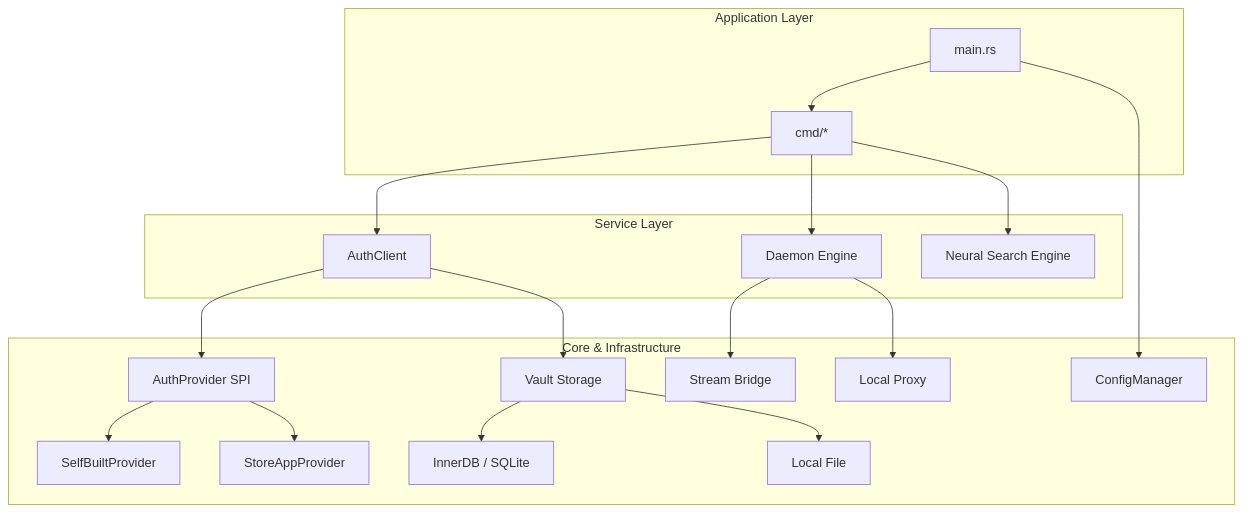
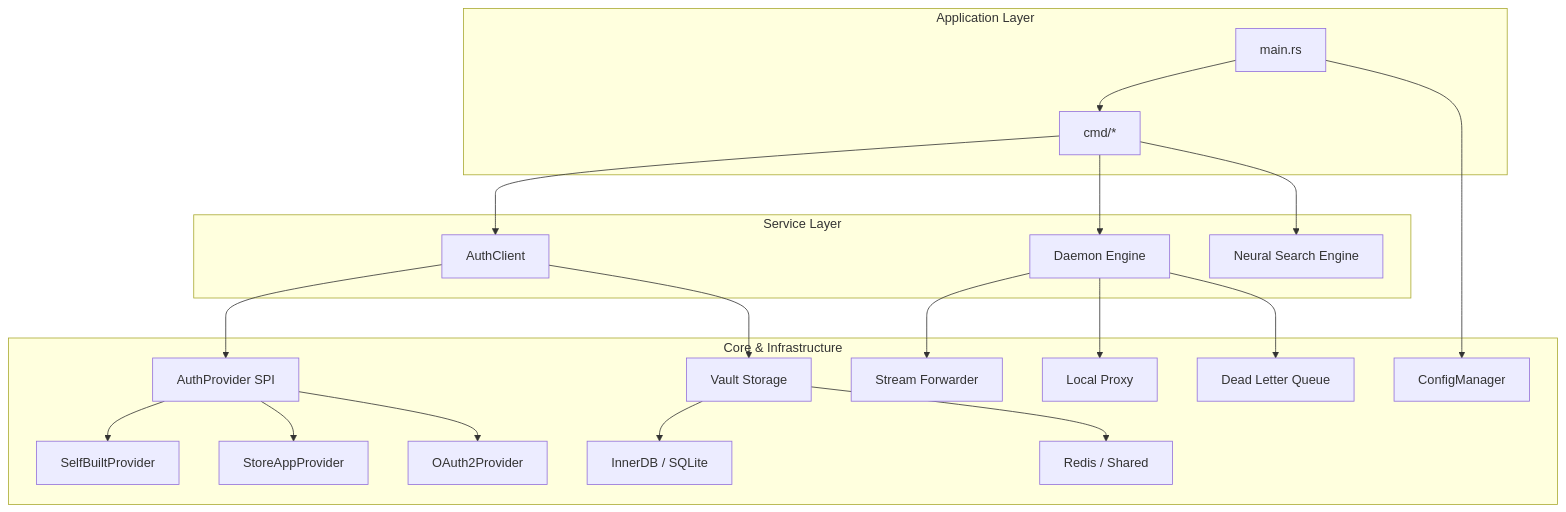
The diagram in cli/cowen/docs/ARCHITECTURE.md (Chanjet/chanjet-openplatform-stream-java), drawn with Mermaid before and after one commit. The commit also changed other lines of this file and 8 other files, not shown here.

````diff
--- a/cli/cowen/docs/ARCHITECTURE.md
+++ b/cli/cowen/docs/ARCHITECTURE.md
@@ -9,27 +13,29 @@
 ```mermaid
 graph TD
     subgraph "Application Layer"
         Main[main.rs] --> Cmd[cmd/*]
     end
 
     subgraph "Service Layer"
         Cmd --> AuthCli[AuthClient]
         Cmd --> Daemon[Daemon Engine]
         Cmd --> Search[Neural Search Engine]
     end
 
     subgraph "Core & Infrastructure"
         AuthCli --> SPI[AuthProvider SPI]
         SPI --> SelfBuilt[SelfBuiltProvider]
         SPI --> StoreApp[StoreAppProvider]
+        SPI --> OAuth2[OAuth2Provider]
         
         AuthCli --> Vault[Vault Storage]
         Vault --> InnerDB[InnerDB / SQLite]
-        Vault --> LocalFile[Local File]
+        Vault --> Redis[Redis / Shared]
         
-        Daemon --> Stream[Stream Bridge]
+        Daemon --> Forwarder[Stream Forwarder]
         Daemon --> Proxy[Local Proxy]
+        Daemon --> DLQ[Dead Letter Queue]
         
         Main --> Config[ConfigManager]
     end
 ```
````
